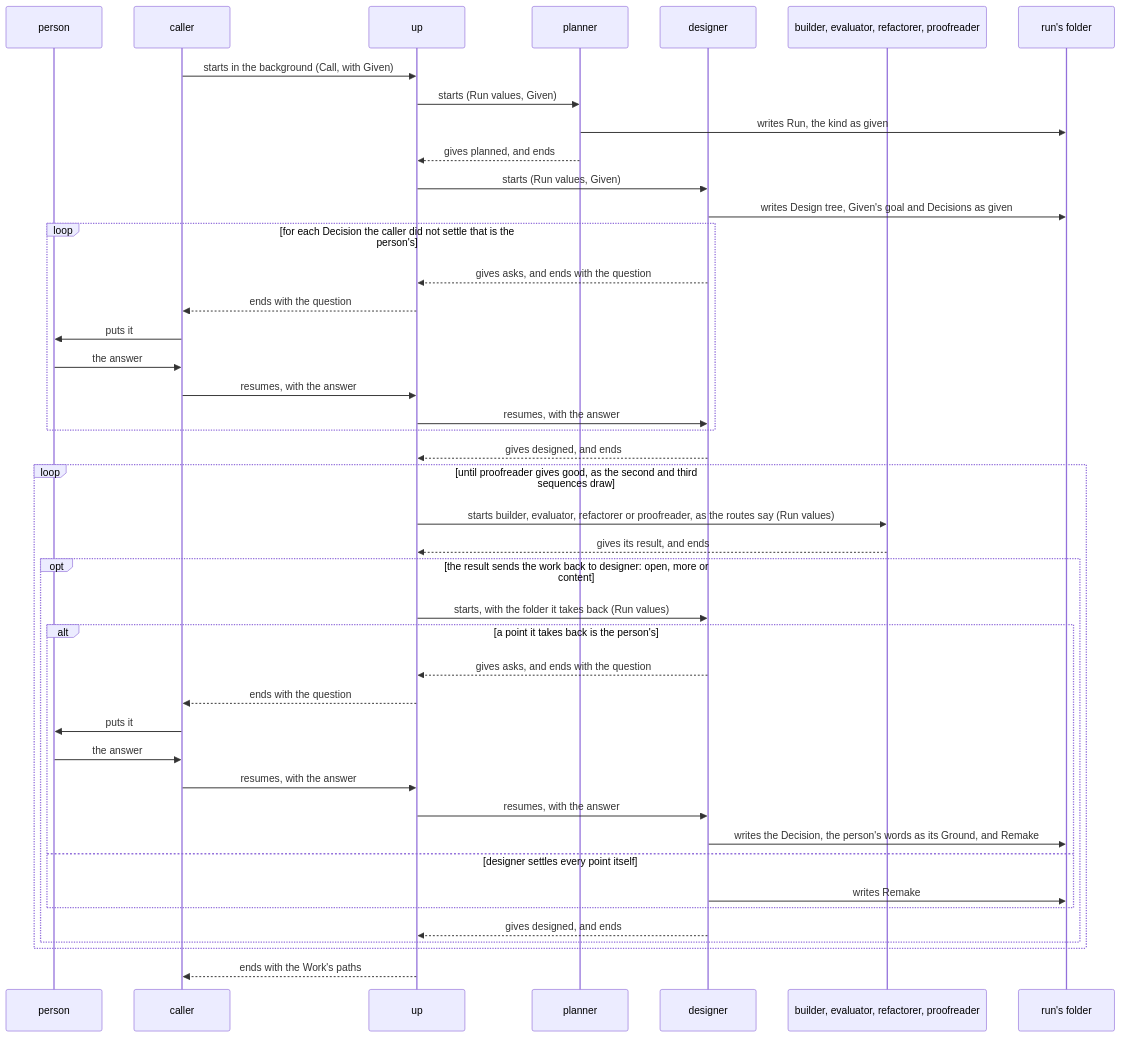
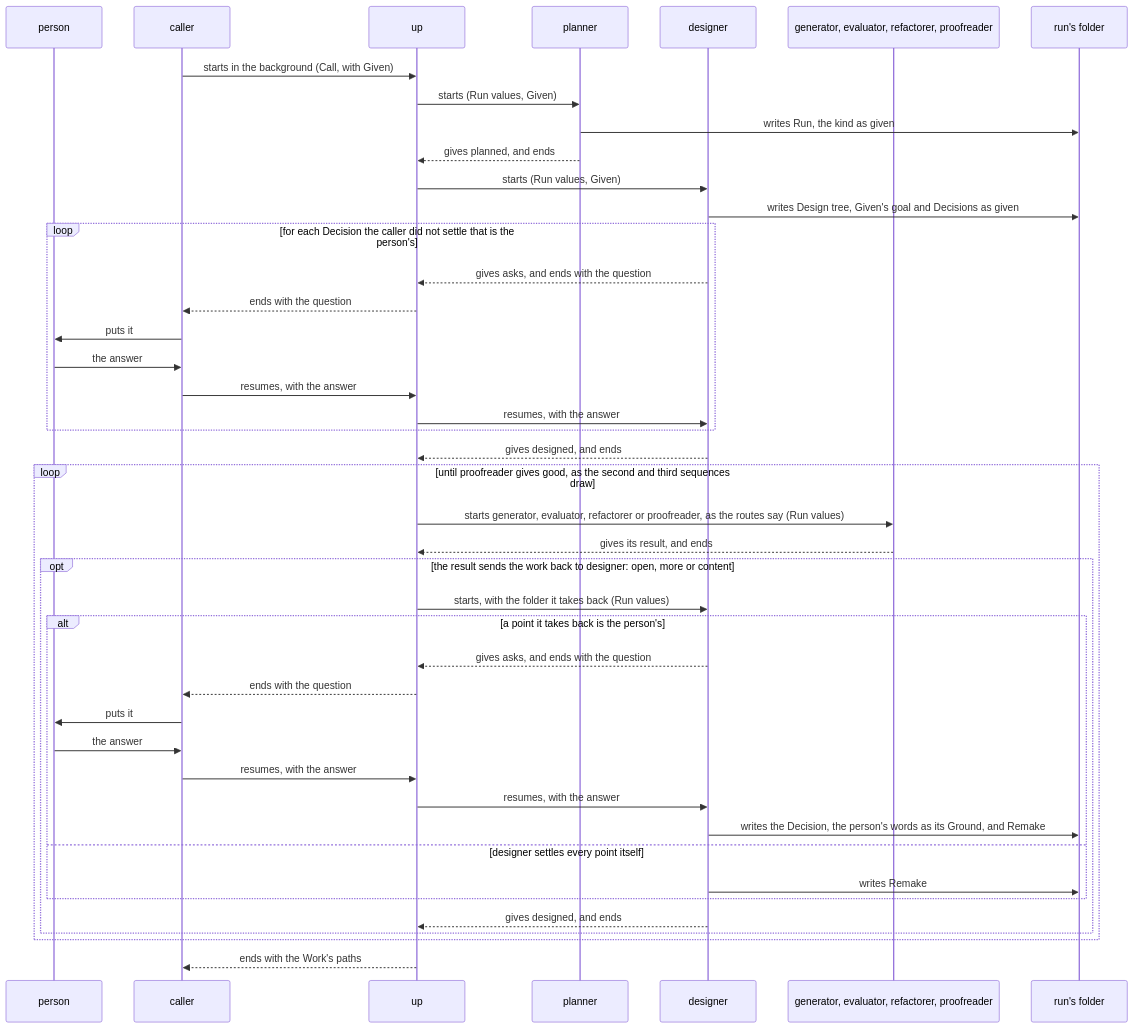
The seventh of 9 diagrams in dev/turn/architecture.md (lovaizu/ccpm), drawn with Mermaid before and after one commit. The commit also changed other lines of this file and 45 other files, not shown here.

First line of the commit message:
turn: the role that makes the work from the design is generator, paired with evaluator as Anthropic's harness design names them, its result generated; whoever develops a plugin or a product is a developer, so builder no longer means two things

````diff
--- a/dev/turn/architecture.md
+++ b/dev/turn/architecture.md
@@ -562,45 +562,45 @@
 ```mermaid
 sequenceDiagram
   participant P as person
   participant N as caller
   participant U as up
   participant PL as planner
   participant D as designer
-  participant W as builder, evaluator, refactorer, proofreader
+  participant W as generator, evaluator, refactorer, proofreader
   participant F as run's folder
   N->>U: starts in the background (Call, with Given)
   U->>PL: starts (Run values, Given)
   PL->>F: writes Run, the kind as given
   PL-->>U: gives planned, and ends
   U->>D: starts (Run values, Given)
   D->>F: writes Design tree, Given's goal and Decisions as given
   loop for each Decision the caller did not settle that is the person's
     D-->>U: gives asks, and ends with the question
     U-->>N: ends with the question
     N->>P: puts it
     P->>N: the answer
     N->>U: resumes, with the answer
     U->>D: resumes, with the answer
   end
   D-->>U: gives designed, and ends
   loop until proofreader gives good, as the second and third sequences draw
-    U->>W: starts builder, evaluator, refactorer or proofreader, as the routes say (Run values)
+    U->>W: starts generator, evaluator, refactorer or proofreader, as the routes say (Run values)
     W-->>U: gives its result, and ends
     opt the result sends the work back to designer: open, more or content
       U->>D: starts, with the folder it takes back (Run values)
       alt a point it takes back is the person's
         D-->>U: gives asks, and ends with the question
         U-->>N: ends with the question
         N->>P: puts it
         P->>N: the answer
         N->>U: resumes, with the answer
         U->>D: resumes, with the answer
         D->>F: writes the Decision, the person's words as its Ground, and Remake
       else designer settles every point itself
         D->>F: writes Remake
       end
       D-->>U: gives designed, and ends
     end
   end
   U-->>N: ends with the Work's paths
 ```
````
